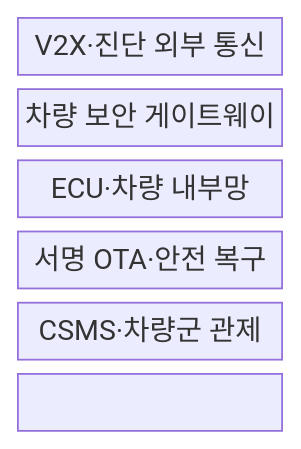
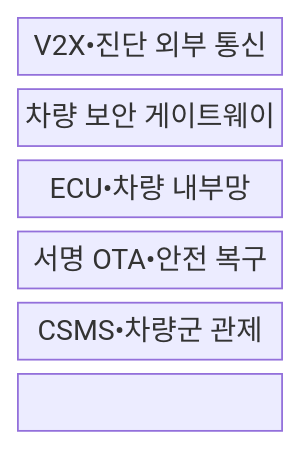
One commit to agnusdei1207/knowledge-base changed the first of 2 diagrams in src/content/docs/notes/05-security/134_vehicle_cybersecurity_v2x.md. Above: the diagram before and after it, drawn with Mermaid. The commit also changed other lines of this file and 953 other files, not shown here.

````diff
--- a/src/content/docs/notes/05-security/134_vehicle_cybersecurity_v2x.md
+++ b/src/content/docs/notes/05-security/134_vehicle_cybersecurity_v2x.md
@@ -68,11 +68,11 @@
 ```mermaid
 block-beta
   columns 1
-  V["V2X·진단 외부 통신"]
+  V["V2X•진단 외부 통신"]
   G["차량 보안 게이트웨이"]
-  E["ECU·차량 내부망"]
-  U["서명 OTA·안전 복구"]
-  F["CSMS·차량군 관제"]
+  E["ECU•차량 내부망"]
+  U["서명 OTA•안전 복구"]
+  F["CSMS•차량군 관제"]
   V --- G --- E
   E --- U --- F
 ```
````
